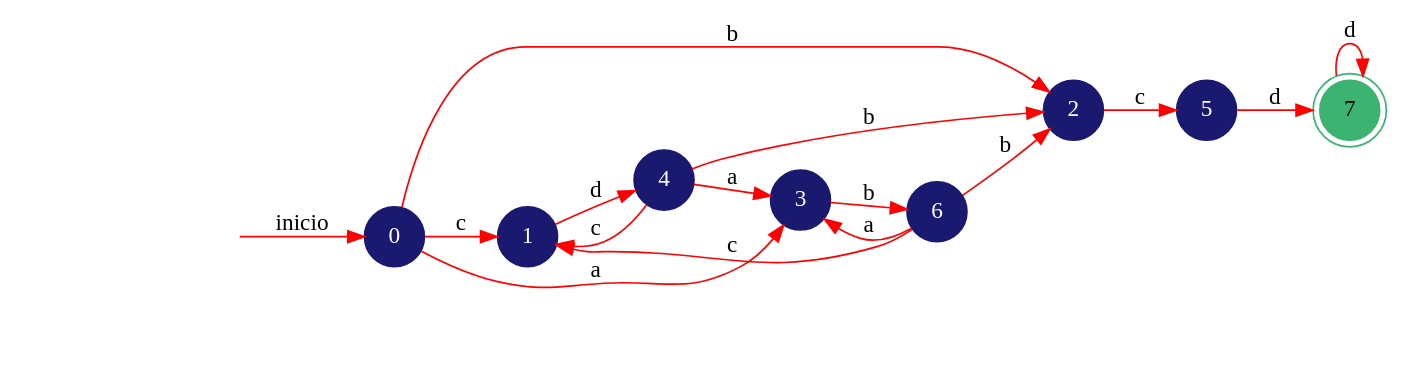
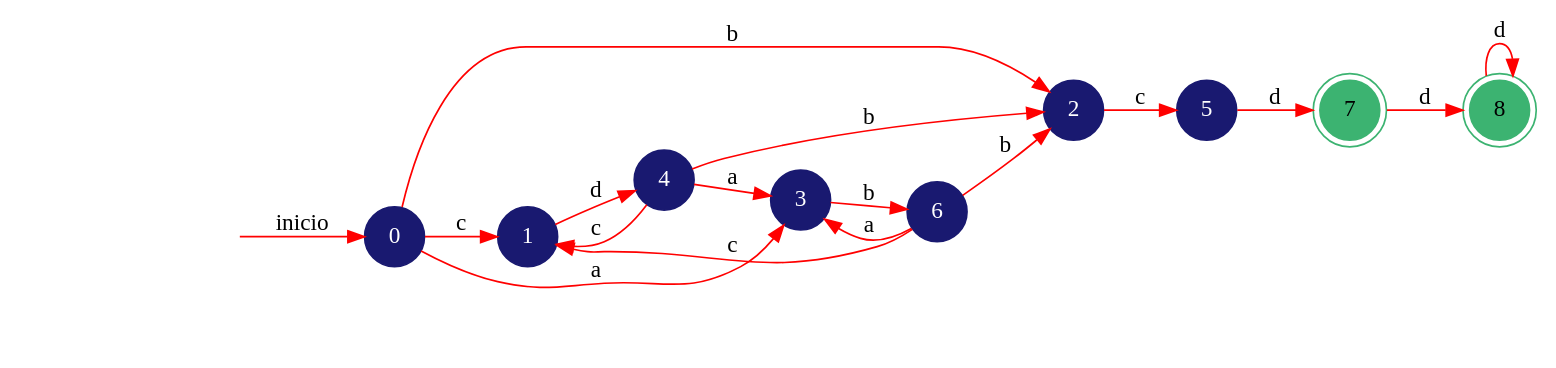
The diagram in Compi1Proyecto1/AFD.dot (AhiezerRamirez/Compi1Proyecto1), drawn with Graphviz before and after one commit. The commit also changed 14 other files, not shown here.

```diff
--- a/Compi1Proyecto1/AFD.dot
+++ b/Compi1Proyecto1/AFD.dot
@@ -1,23 +1,24 @@
 digraph AFD {
 	rankdir=LR;
-	node [shape=doublecircle, style = filled,color = mediumseagreen]; "7";
+	node [shape=doublecircle, style = filled,color = mediumseagreen]; "7" "8";
 	node [shape=circle];
 	node [color=midnightblue,fontcolor=white];
 	edge [color=red];
 	secret_node [style=invis];
 	secret_node -> "0" [label="inicio"];
 	"0" -> "1" [label="c"];
 	"0" -> "2" [label="b"];
 	"0" -> "3" [label="a"];
 	"1" -> "4" [label="d"];
 	"2" -> "5" [label="c"];
 	"3" -> "6" [label="b"];
 	"4" -> "1" [label="c"];
 	"4" -> "2" [label="b"];
 	"4" -> "3" [label="a"];
 	"5" -> "7" [label="d"];
 	"6" -> "1" [label="c"];
 	"6" -> "2" [label="b"];
 	"6" -> "3" [label="a"];
-	"7" -> "7" [label="d"];
+	"7" -> "8" [label="d"];
+	"8" -> "8" [label="d"];
 }
```
